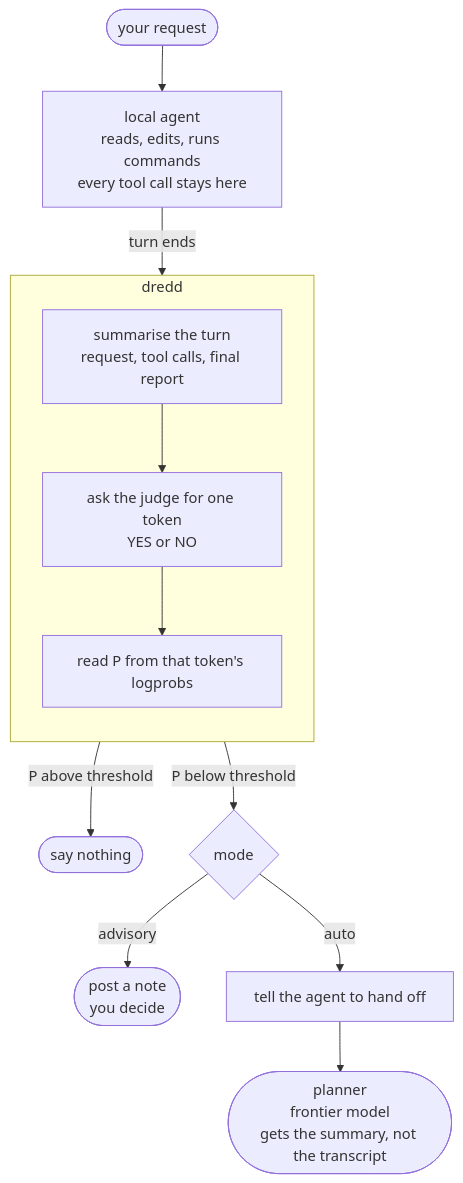
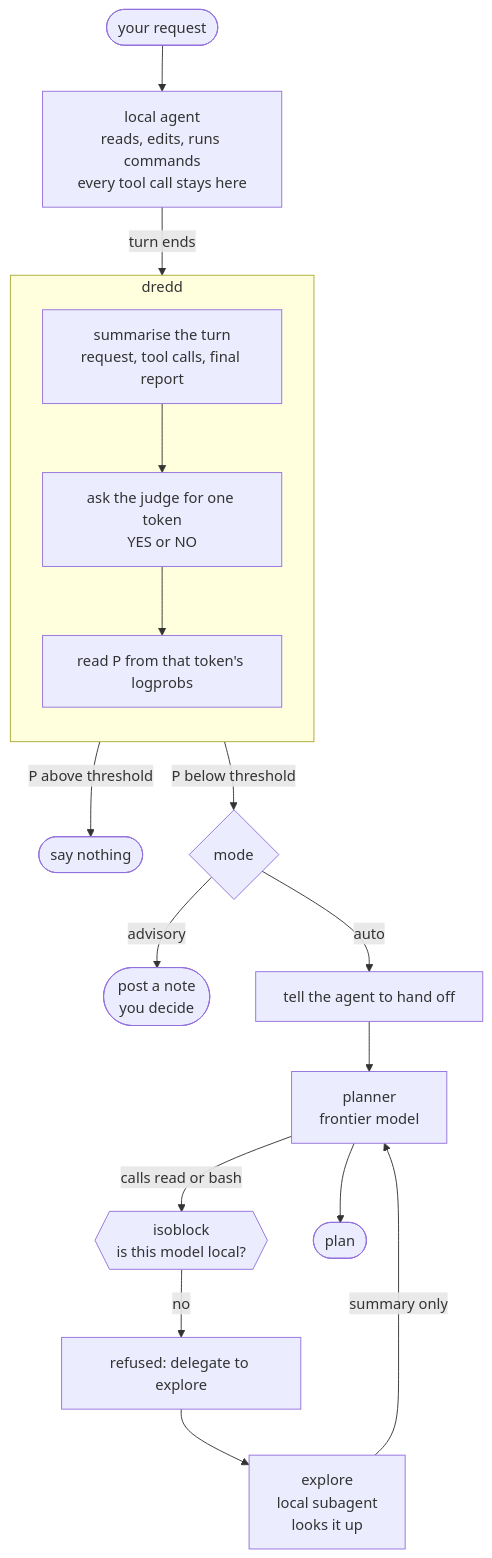
Before and after one commit to nagydavid/dredd: the diagram in README.md, drawn with Mermaid. The commit also changed other lines of this file and 4 other files, not shown here.

First line of the commit message:
feat(isoblock): keep tool calls off metered models

````diff
--- a/README.md
+++ b/README.md
@@ -113,16 +162,22 @@
 ```mermaid
 flowchart TD
     U(["your request"]) --> L["local agent<br/>reads, edits, runs commands<br/>every tool call stays here"]
 
     subgraph G["dredd"]
         direction TB
         S["summarise the turn<br/>request, tool calls, final report"] --> J["ask the judge for one token<br/>YES or NO"] --> P["read P from that token's logprobs"]
     end
 
     L -->|turn ends| S
     P -->|"P above threshold"| Q(["say nothing"])
     P -->|"P below threshold"| M{mode}
     M -->|advisory| A(["post a note<br/>you decide"])
     M -->|auto| H["tell the agent to hand off"]
-    H --> F(["planner<br/>frontier model<br/>gets the summary, not the transcript"])
+    H --> F["planner<br/>frontier model"]
+
+    F -->|"calls read or bash"| B{{"isoblock<br/>is this model local?"}}
+    B -->|no| R["refused: delegate to explore"]
+    R --> X["explore<br/>local subagent<br/>looks it up"]
+    X -->|"summary only"| F
+    F --> D(["plan"])
 ```
````
